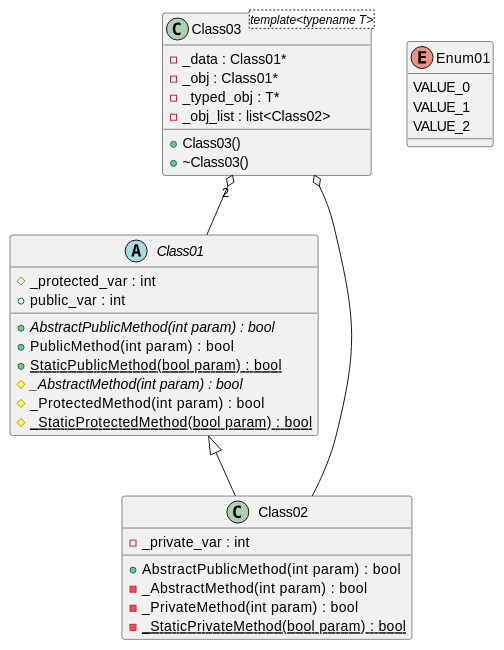
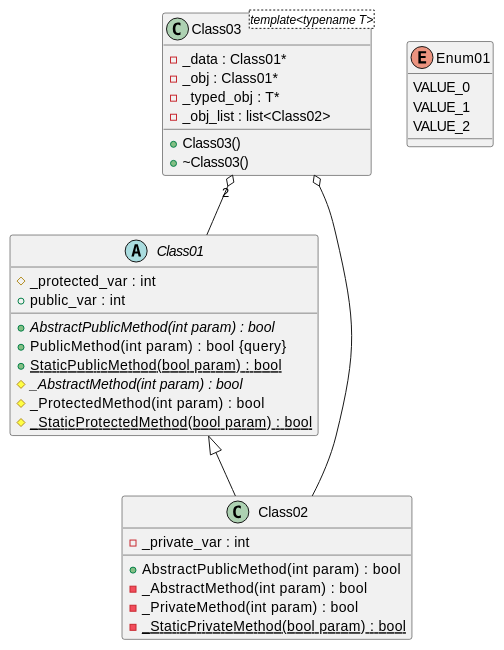
Before and after one commit to thibaultmarin/hpp2plantuml: the diagram in hpp2plantuml.org, drawn with PlantUML. The commit also changed other lines of this file and 7 other files, not shown here.

```diff
--- a/hpp2plantuml.org
+++ b/hpp2plantuml.org
@@ -1923,42 +1940,42 @@
 #+BEGIN_SRC plantuml :mkdirp yes :tangle tests/simple_classes.puml
 @startuml
 abstract class Class01 {
 	+{abstract} AbstractPublicMethod(int param) : bool
-	+PublicMethod(int param) : bool
+	+PublicMethod(int param) : bool {query}
 	+{static} StaticPublicMethod(bool param) : bool
 	#{abstract} _AbstractMethod(int param) : bool
 	#_ProtectedMethod(int param) : bool
 	#{static} _StaticProtectedMethod(bool param) : bool
 	#_protected_var : int
 	+public_var : int
 }
 
 class Class02 {
 	+AbstractPublicMethod(int param) : bool
 	-_AbstractMethod(int param) : bool
 	-_PrivateMethod(int param) : bool
 	-{static} _StaticPrivateMethod(bool param) : bool
 	-_private_var : int
 }
 
 class Class03 <template<typename T>> {
 	+Class03()
 	+~Class03()
 	-_data : Class01*
 	-_obj : Class01*
 	-_typed_obj : T*
 	-_obj_list : list<Class02>
 }
 
 enum Enum01 {
 	VALUE_0
 	VALUE_1
 	VALUE_2
 }
 
 Class01 <|-- Class02
 Class03 "2" o-- Class01
 Class03 o-- Class02
 
 @enduml
 #+END_SRC
```
